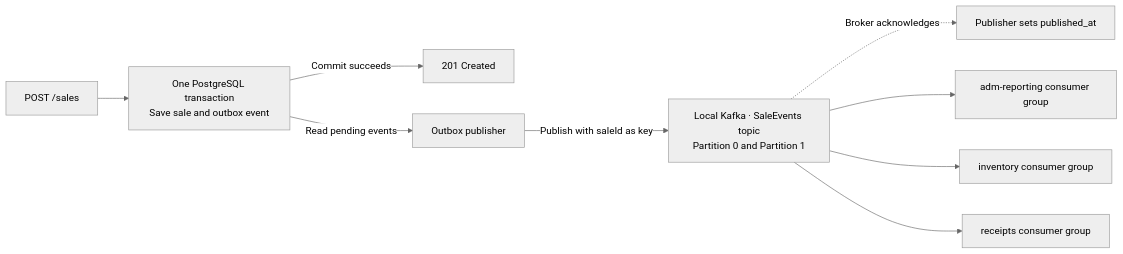
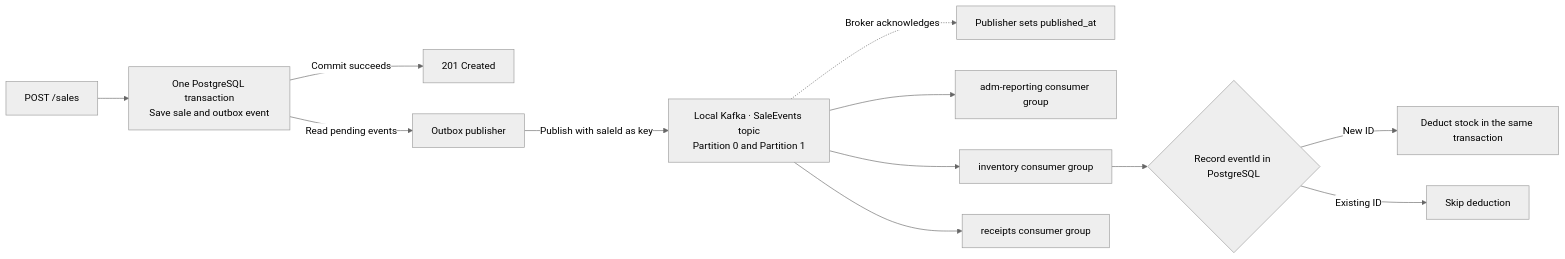
One commit to sameershrestha333/system-design-labs changed the diagram in README.md. Above: the diagram before and after it, drawn with Mermaid (neutral theme). The commit also changed other lines of this file and 3 other files, not shown here.

````diff
--- a/README.md
+++ b/README.md
@@ -75,11 +76,14 @@
 ```mermaid
 flowchart LR
     Checkout["POST /sales"] --> DB["One PostgreSQL transaction<br/>Save sale and outbox event"]
     DB -->|"Commit succeeds"| Response["201 Created"]
     DB -->|"Read pending events"| Publisher["Outbox publisher"]
     Publisher -->|"Publish with saleId as key"| Topic["Local Kafka · SaleEvents topic<br/>Partition 0 and Partition 1"]
     Topic -.->|"Broker acknowledges"| Mark["Publisher sets published_at"]
     Topic --> ADM["adm-reporting consumer group"]
     Topic --> Stock["inventory consumer group"]
+    Stock --> Check{"Record eventId in PostgreSQL"}
+    Check -->|"New ID"| Deduct["Deduct stock in the same transaction"]
+    Check -->|"Existing ID"| Skip["Skip deduction"]
     Topic --> Receipts["receipts consumer group"]
 ```
````
